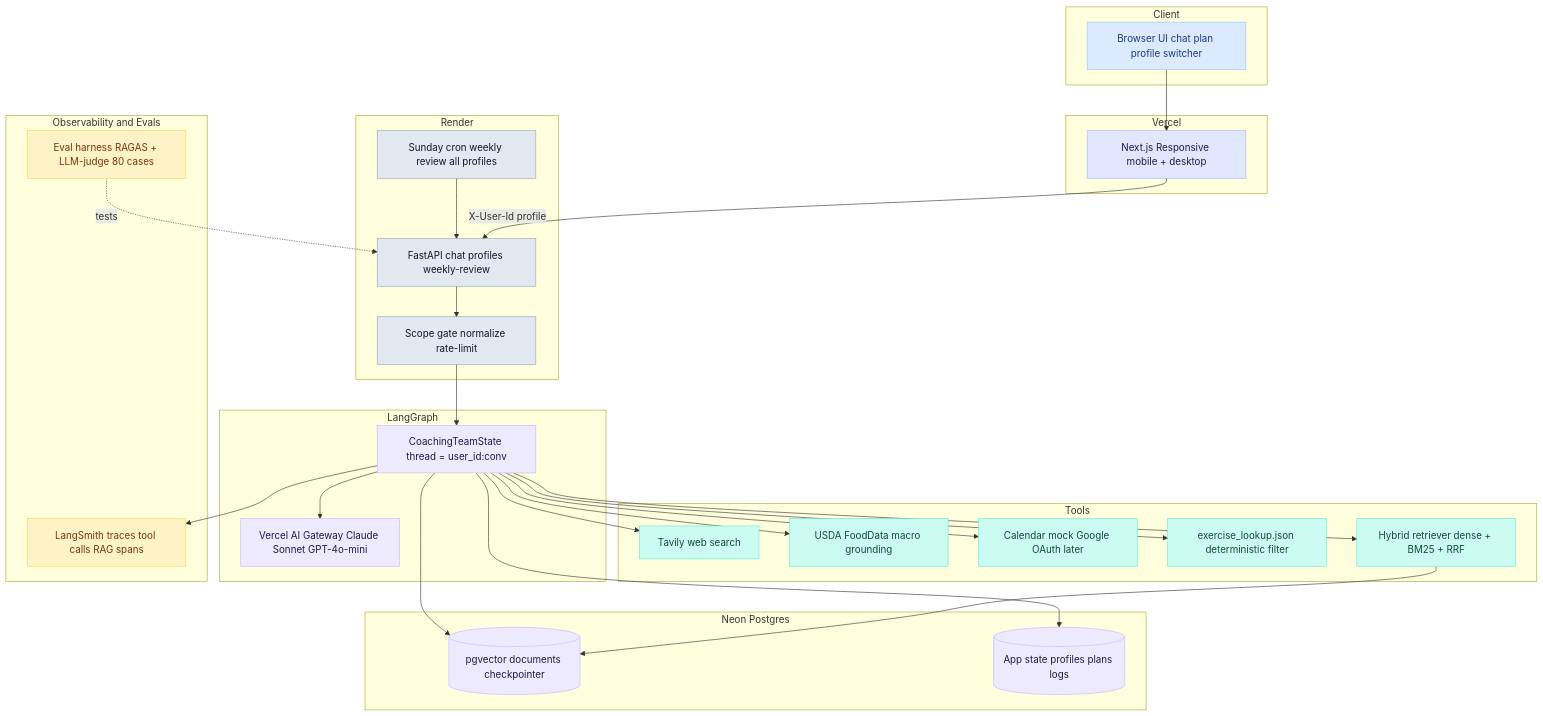
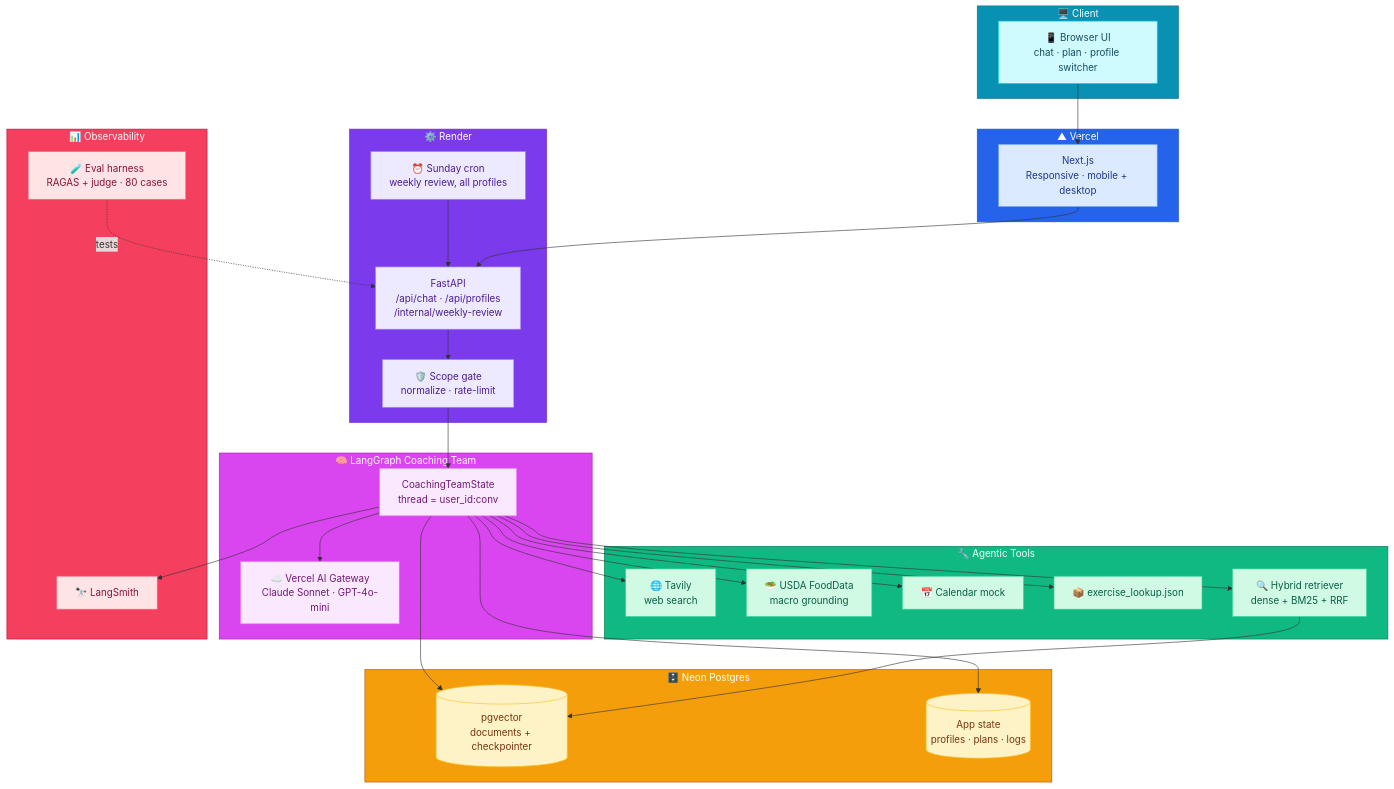
The second of 3 diagrams in PLAN.md (saurabhIU/SteadyFit), drawn with Mermaid before and after one commit.

Commit message:
docs: brighter vivid palette for infrastructure diagram

````diff
--- a/PLAN.md
+++ b/PLAN.md
@@ -103,73 +103,74 @@
 ```mermaid
 flowchart TD
-    subgraph CLIENT[Client]
-        U[Browser UI chat plan profile switcher]
+    subgraph CLIENT["🖥️  Client"]
+        U["📱 Browser UI<br/>chat · plan · profile switcher"]
     end
 
-    subgraph FRONTEND[Vercel]
-        FE[Next.js Responsive mobile + desktop]
+    subgraph FRONTEND["▲  Vercel"]
+        FE["Next.js<br/>Responsive · mobile + desktop"]
     end
 
-    subgraph BACKEND[Render]
-        API[FastAPI chat profiles weekly-review]
-        GATE[Scope gate normalize rate-limit]
-        CRON[Sunday cron weekly review all profiles]
+    subgraph BACKEND["⚙️  Render"]
+        API["FastAPI<br/>/api/chat · /api/profiles<br/>/internal/weekly-review"]
+        GATE["🛡️ Scope gate<br/>normalize · rate-limit"]
+        CRON["⏰ Sunday cron<br/>weekly review, all profiles"]
     end
 
-    subgraph AGENTS[LangGraph]
-        LG[CoachingTeamState thread = user_id:conv]
-        GW[Vercel AI Gateway Claude Sonnet GPT-4o-mini]
+    subgraph AGENTS["🧠  LangGraph Coaching Team"]
+        LG["CoachingTeamState<br/>thread = user_id:conv"]
+        GW["☁️ Vercel AI Gateway<br/>Claude Sonnet · GPT-4o-mini"]
     end
 
-    subgraph TOOLS[Tools]
-        TAV[Tavily web search]
-        FOOD[USDA FoodData macro grounding]
-        CAL[Calendar mock Google OAuth later]
-        XL[exercise_lookup.json deterministic filter]
-        RET[Hybrid retriever dense + BM25 + RRF]
+    subgraph TOOLS["🔧  Agentic Tools"]
+        TAV["🌐 Tavily<br/>web search"]
+        FOOD["🥗 USDA FoodData<br/>macro grounding"]
+        CAL["📅 Calendar mock"]
+        XL["📦 exercise_lookup.json"]
+        RET["🔍 Hybrid retriever<br/>dense + BM25 + RRF"]
     end
 
-    subgraph STORAGE[Neon Postgres]
-        PG[(pgvector documents checkpointer)]
-        APP[(App state profiles plans logs)]
+    subgraph STORAGE["🗄️  Neon Postgres"]
+        PG[("pgvector<br/>documents + checkpointer")]
+        APP[("App state<br/>profiles · plans · logs")]
     end
 
-    subgraph OBS[Observability and Evals]
-        LS[LangSmith traces tool calls RAG spans]
-        EV[Eval harness RAGAS + LLM-judge 80 cases]
+    subgraph OBS["📊  Observability"]
+        LS["🔭 LangSmith"]
+        EV["🧪 Eval harness<br/>RAGAS + judge · 80 cases"]
     end
 
-    U --> FE
-    FE -->|X-User-Id profile| API
+    U --> FE --> API
     CRON --> API
-    API --> GATE
-    GATE --> LG
+    API --> GATE --> LG
     LG --> GW
-    LG --> TAV
-    LG --> FOOD
-    LG --> CAL
-    LG --> XL
-    LG --> RET
+    LG --> TAV & FOOD & CAL & XL & RET
     RET --> PG
-    LG --> PG
-    LG --> APP
+    LG --> PG & APP
     LG --> LS
     EV -.->|tests| API
 
-    style U fill:#dbeafe,stroke:#93c5fd,color:#1e3a8a
-    style FE fill:#e0e7ff,stroke:#a5b4fc,color:#1e1b4b
-    style API fill:#e2e8f0,stroke:#94a3b8,color:#0f172a
-    style GATE fill:#e2e8f0,stroke:#94a3b8,color:#0f172a
-    style CRON fill:#e2e8f0,stroke:#94a3b8,color:#0f172a
-    style LG fill:#ede9fe,stroke:#c4b5fd,color:#1e1b4b
-    style GW fill:#ede9fe,stroke:#c4b5fd,color:#1e1b4b
-    style TAV fill:#ccfbf1,stroke:#5eead4,color:#0f4c3a
-    style FOOD fill:#ccfbf1,stroke:#5eead4,color:#0f4c3a
-    style CAL fill:#ccfbf1,stroke:#5eead4,color:#0f4c3a
-    style XL fill:#ccfbf1,stroke:#5eead4,color:#0f4c3a
-    style RET fill:#ccfbf1,stroke:#5eead4,color:#0f4c3a
-    style PG fill:#ede9fe,stroke:#c4b5fd,color:#1e1b4b
-    style APP fill:#ede9fe,stroke:#c4b5fd,color:#1e1b4b
-    style LS fill:#fef3c7,stroke:#fcd34d,color:#78350f
-    style EV fill:#fef3c7,stroke:#fcd34d,color:#78350f
+    style CLIENT fill:#0891b2,stroke:#0e7490,color:#fff
+    style FRONTEND fill:#2563eb,stroke:#1d4ed8,color:#fff
+    style BACKEND fill:#7c3aed,stroke:#6d28d9,color:#fff
+    style AGENTS fill:#d946ef,stroke:#a21caf,color:#fff
+    style TOOLS fill:#10b981,stroke:#047857,color:#fff
+    style STORAGE fill:#f59e0b,stroke:#b45309,color:#fff
+    style OBS fill:#f43f5e,stroke:#be123c,color:#fff
+
+    style U fill:#cffafe,stroke:#22d3ee,color:#164e63
+    style FE fill:#dbeafe,stroke:#60a5fa,color:#1e3a8a
+    style API fill:#ede9fe,stroke:#a78bfa,color:#4c1d95
+    style GATE fill:#ede9fe,stroke:#a78bfa,color:#4c1d95
+    style CRON fill:#ede9fe,stroke:#a78bfa,color:#4c1d95
+    style LG fill:#fae8ff,stroke:#e879f9,color:#701a75
+    style GW fill:#fae8ff,stroke:#e879f9,color:#701a75
+    style TAV fill:#d1fae5,stroke:#34d399,color:#065f46
+    style FOOD fill:#d1fae5,stroke:#34d399,color:#065f46
+    style CAL fill:#d1fae5,stroke:#34d399,color:#065f46
+    style XL fill:#d1fae5,stroke:#34d399,color:#065f46
+    style RET fill:#d1fae5,stroke:#34d399,color:#065f46
+    style PG fill:#fef3c7,stroke:#fbbf24,color:#78350f
+    style APP fill:#fef3c7,stroke:#fbbf24,color:#78350f
+    style LS fill:#ffe4e6,stroke:#fb7185,color:#881337
+    style EV fill:#ffe4e6,stroke:#fb7185,color:#881337
 ```
````
